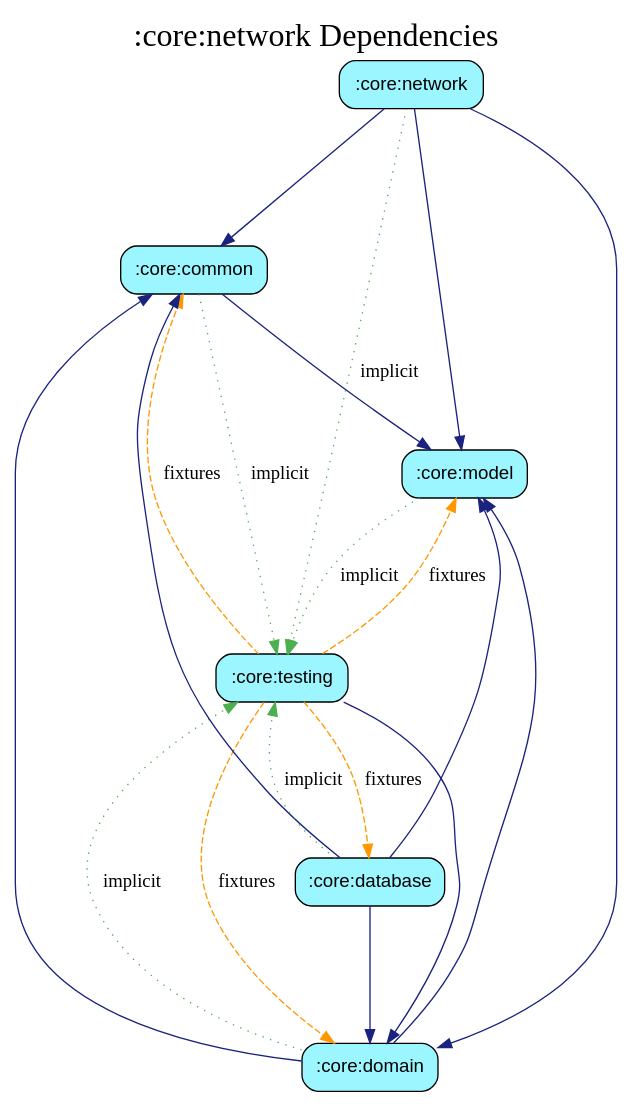
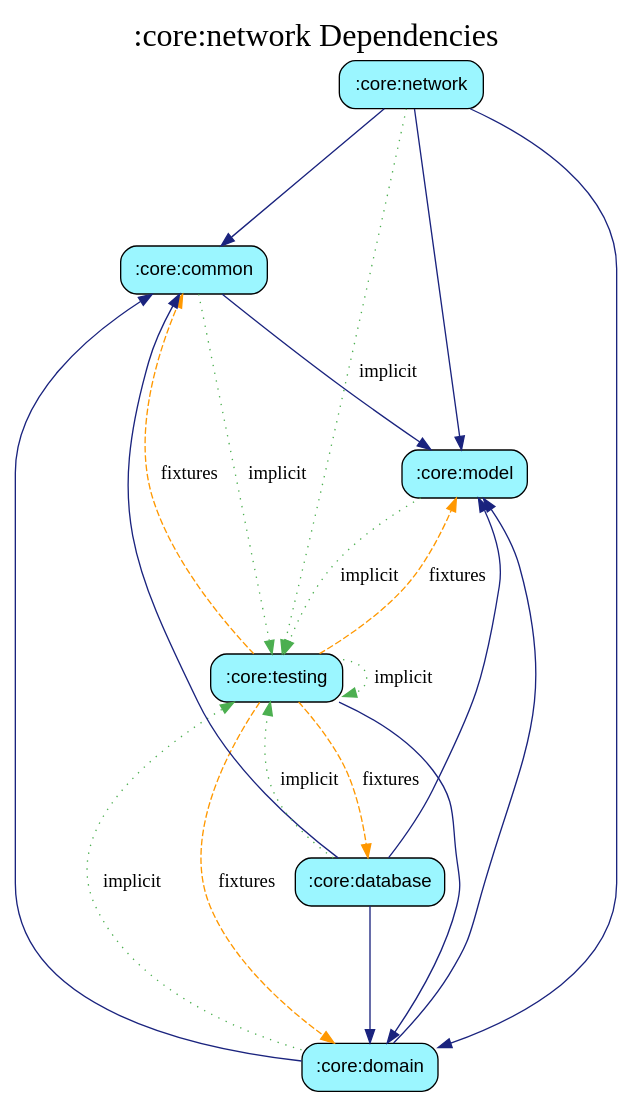
Before and after one commit to harrykibet/RealEstateApp-Android: the diagram in core/network/module_graph.gv, drawn with Graphviz. The commit also changed 90 other files, not shown here.

```diff
--- a/core/network/module_graph.gv
+++ b/core/network/module_graph.gv
@@ -1,29 +1,30 @@
 digraph {
   graph [label=":core:network Dependencies", labelloc=t, fontsize=24, ranksep=1.4];
   node [style=filled, fillcolor="#bbdefb", fontname="sans-serif", shape=box, style="rounded,filled"];
   ":core:network" [fillcolor="#9BF6FF"];
   ":core:common" [fillcolor="#9BF6FF"];
   ":core:model" [fillcolor="#9BF6FF"];
   ":core:testing" [fillcolor="#9BF6FF"];
   ":core:domain" [fillcolor="#9BF6FF"];
   ":core:database" [fillcolor="#9BF6FF"];
   ":core:network" -> ":core:common" [color="#1A237E", style=solid]
   ":core:network" -> ":core:domain" [color="#1A237E", style=solid]
   ":core:network" -> ":core:model" [color="#1A237E", style=solid]
   ":core:network" -> ":core:testing" [color="#4CAF50", style=dotted, label="implicit"]
   ":core:common" -> ":core:model" [color="#1A237E", style=solid]
   ":core:common" -> ":core:testing" [color="#4CAF50", style=dotted, label="implicit"]
   ":core:domain" -> ":core:model" [color="#1A237E", style=solid]
   ":core:domain" -> ":core:common" [color="#1A237E", style=solid]
   ":core:domain" -> ":core:testing" [color="#4CAF50", style=dotted, label="implicit"]
   ":core:model" -> ":core:testing" [color="#4CAF50", style=dotted, label="implicit"]
   ":core:database" -> ":core:model" [color="#1A237E", style=solid]
   ":core:database" -> ":core:domain" [color="#1A237E", style=solid]
   ":core:database" -> ":core:common" [color="#1A237E", style=solid]
   ":core:database" -> ":core:testing" [color="#4CAF50", style=dotted, label="implicit"]
   ":core:testing" -> ":core:domain" [color="#1A237E", style=solid]
   ":core:testing" -> ":core:model" [color="#FF9800", style=dashed, label="fixtures"]
   ":core:testing" -> ":core:common" [color="#FF9800", style=dashed, label="fixtures"]
   ":core:testing" -> ":core:domain" [color="#FF9800", style=dashed, label="fixtures"]
   ":core:testing" -> ":core:database" [color="#FF9800", style=dashed, label="fixtures"]
+  ":core:testing" -> ":core:testing" [color="#4CAF50", style=dotted, label="implicit"]
 }
```
